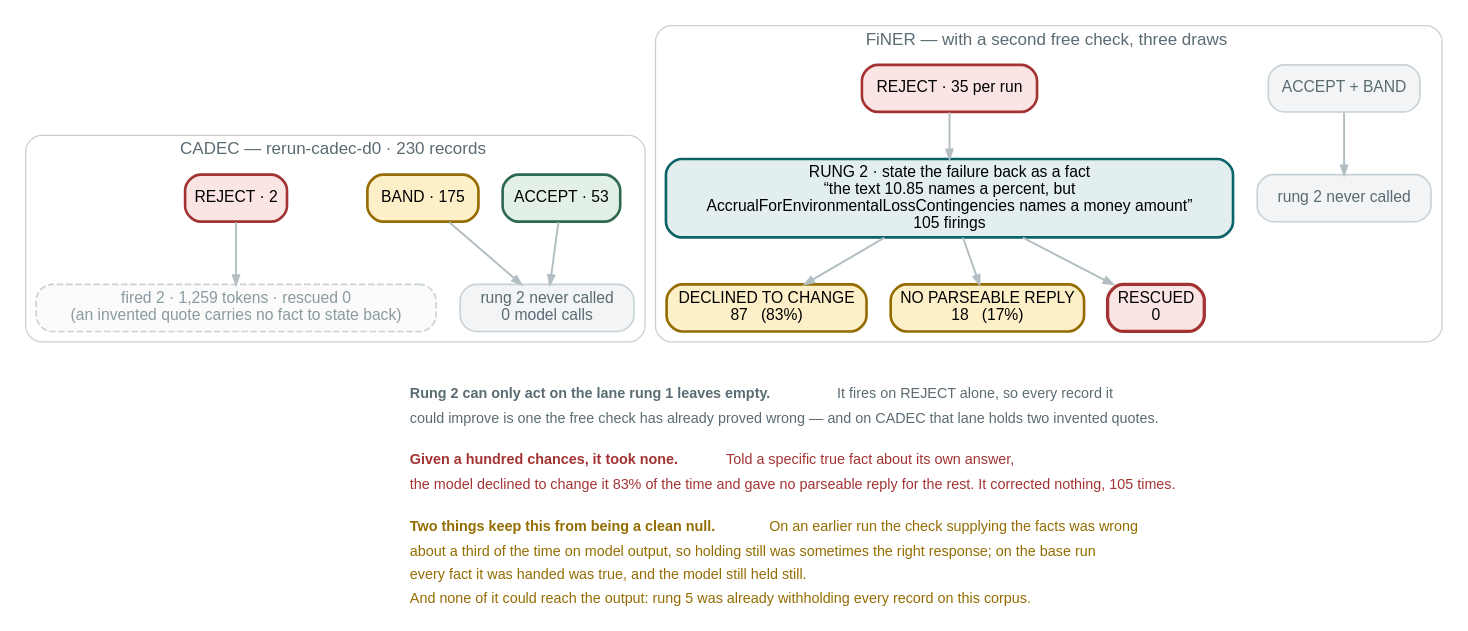
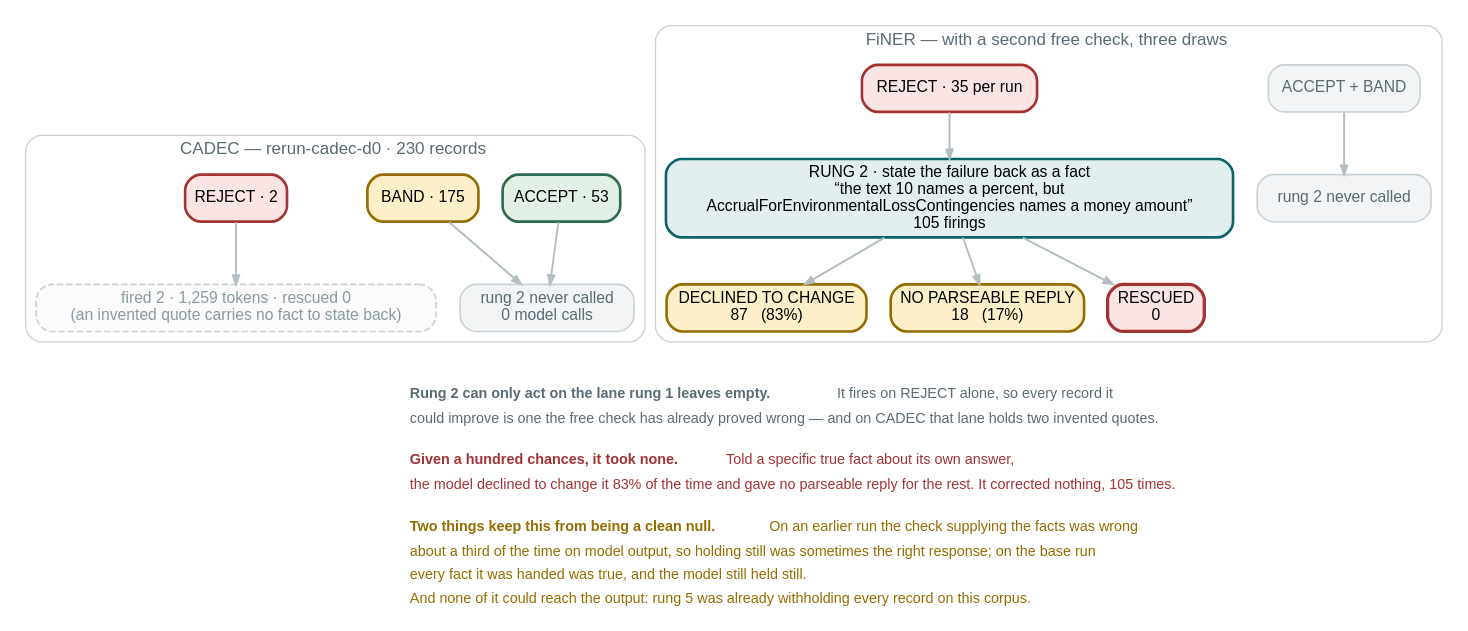
One commit to wbagais/reliability-ladder changed the diagram in docs/figures/fig13-rung2.dot. Above: the diagram before and after it, drawn with Graphviz. The commit also changed 3 other files, not shown here.

Commit message:
Figures: the last two earlier-run tokens removed from figure sources (rung 1 note, rung 2 FiNER example now a base-run rejection)

```diff
--- a/docs/figures/fig13-rung2.dot
+++ b/docs/figures/fig13-rung2.dot
@@ -1,61 +1,61 @@
 // Rung 2 on both corpora. It reads rung 1's verdict and fires on REJECT alone
 // (r2.py:347 — `if verdict != ZONE_REJECT or reason not in cfg["correctable"]`),
 // so ACCEPT and BAND are never touched: no model call, no possible change.
 //
 // CADEC: rerun-cadec-d0, rung 1 lanes as fig10. REJECT holds two invented
 // quotes; rung 2 fired twice (1,259 tokens) and rescued neither.
 // FiNER: the rung 7 arm replayed over the three base draws (rerun-finer-d{0,1,2}-typecheck)
 // — the only configuration in which rung 2 has a real trigger set. 105 firings, 0 rescued.
 //
 // COLOUR KEY — the article's zone colours, unchanged:
 //   green ACCEPT · amber BAND · red REJECT · teal a model runs here
 digraph rung2 {
   rankdir=TB; bgcolor="white";
   node [shape=box style="filled,rounded" fontname="Helvetica" fontsize=12
         color="#c8d1d5" penwidth=1.2];
   edge [color="#b3bec3" penwidth=1.5 arrowsize=0.7 fontname="Helvetica" fontsize=10];
 
   subgraph cluster_c {
     label="  CADEC — rerun-cadec-d0 · 230 records  "; fontname="Helvetica"; fontsize=13;
     color="#c8d1d5"; style=rounded; fontcolor="#5a6b73";
     ca [label="ACCEPT · 53" fillcolor="#e3f0e6" color="#2d6a4f" penwidth=2];
     cb [label="BAND · 175" fillcolor="#fdf0c8" color="#946c00" penwidth=2];
     cr [label="REJECT · 2" fillcolor="#fbe4e4" color="#a33333" penwidth=2];
     cskip [label="rung 2 never called\n0 model calls" fillcolor="#f2f4f5" fontcolor="#5a6b73"];
     cfire [label="fired 2 · 1,259 tokens · rescued 0\n(an invented quote carries no fact to state back)" fillcolor="#fbfbfb" fontcolor="#8a9aa1" style="filled,rounded,dashed"];
     ca -> cskip; cb -> cskip; cr -> cfire;
     { rank=same; ca; cb; cr }
   }
 
   subgraph cluster_f {
     label="  FiNER — with a second free check, three draws  "; fontname="Helvetica";
     fontsize=13; color="#c8d1d5"; style=rounded; fontcolor="#5a6b73";
     fa [label="ACCEPT + BAND" fillcolor="#f2f4f5" fontcolor="#5a6b73"];
     fr [label="REJECT · 35 per run" fillcolor="#fbe4e4" color="#a33333" penwidth=2];
     fskip [label="rung 2 never called" fillcolor="#f2f4f5" fontcolor="#5a6b73"];
-    f2 [label="RUNG 2 · state the failure back as a fact\n“the text 10.85 names a percent, but\nAccrualForEnvironmentalLossContingencies names a money amount”\n105 firings"
+    f2 [label="RUNG 2 · state the failure back as a fact\n“the text 10 names a percent, but\nAccrualForEnvironmentalLossContingencies names a money amount”\n105 firings"
         fillcolor="#e3eeef" color="#0c6469" penwidth=2];
     unch [label="DECLINED TO CHANGE\n87   (83%)" fillcolor="#fdf0c8" color="#946c00" penwidth=2];
     decl [label="NO PARSEABLE REPLY\n18   (17%)" fillcolor="#fdf0c8" color="#946c00" penwidth=2];
     resc [label="RESCUED\n0" fillcolor="#fbe4e4" color="#a33333" penwidth=2.5];
     fa -> fskip; fr -> f2;
     f2 -> unch; f2 -> decl; f2 -> resc;
     { rank=same; fa; fr }
     { rank=same; unch; decl; resc }
   }
 
   note [shape=plaintext style="" fillcolor="white"
         label=<<TABLE BORDER="0" CELLBORDER="0" CELLSPACING="0" CELLPADDING="3">
         <TR><TD ALIGN="LEFT"><FONT POINT-SIZE="11" COLOR="#5a6b73"><B>Rung 2 can only act on the lane rung 1 leaves empty.</B> It fires on REJECT alone, so every record it</FONT></TD></TR>
         <TR><TD ALIGN="LEFT"><FONT POINT-SIZE="11" COLOR="#5a6b73">could improve is one the free check has already proved wrong — and on CADEC that lane holds two invented quotes.</FONT></TD></TR>
         <TR><TD ALIGN="LEFT"><FONT POINT-SIZE="8"> </FONT></TD></TR>
         <TR><TD ALIGN="LEFT"><FONT POINT-SIZE="11" COLOR="#a33333"><B>Given a hundred chances, it took none.</B> Told a specific true fact about its own answer,</FONT></TD></TR>
         <TR><TD ALIGN="LEFT"><FONT POINT-SIZE="11" COLOR="#a33333">the model declined to change it 83% of the time and gave no parseable reply for the rest. It corrected nothing, 105 times.</FONT></TD></TR>
         <TR><TD ALIGN="LEFT"><FONT POINT-SIZE="8"> </FONT></TD></TR>
         <TR><TD ALIGN="LEFT"><FONT POINT-SIZE="11" COLOR="#946c00"><B>Two things keep this from being a clean null.</B> On an earlier run the check supplying the facts was wrong</FONT></TD></TR>
         <TR><TD ALIGN="LEFT"><FONT POINT-SIZE="11" COLOR="#946c00">about a third of the time on model output, so holding still was sometimes the right response; on the base run</FONT></TD></TR>
         <TR><TD ALIGN="LEFT"><FONT POINT-SIZE="11" COLOR="#946c00">every fact it was handed was true, and the model still held still.</FONT></TD></TR>
         <TR><TD ALIGN="LEFT"><FONT POINT-SIZE="11" COLOR="#946c00">And none of it could reach the output: rung 5 was already withholding every record on this corpus.</FONT></TD></TR>
         </TABLE>>];
   cskip -> note [style=invis]; resc -> note [style=invis];
 }
```
